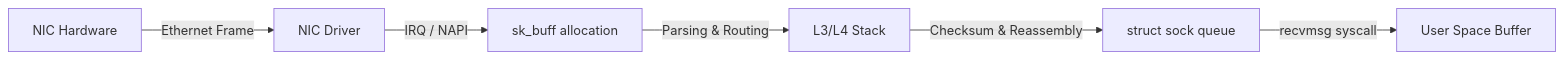
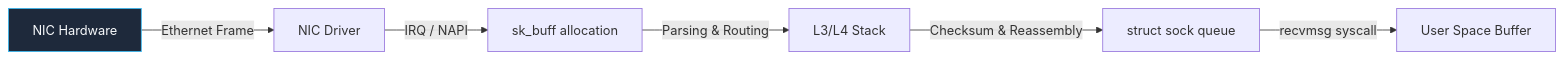
Before and after one commit to UnrealTemplier/go-textbook: the third of 5 diagrams in sources/2. Устройство и работа ОС/47. Сетевая подсистема ОС.md, drawn with Mermaid. The commit also changed other lines of this file and 1666 other files, not shown here.

First line of the commit message:
feat(mermaid): add semantic color classDef to 1369 colorless flowchart/graph diagrams

````diff
--- a/sources/2. Устройство и работа ОС/47. Сетевая подсистема ОС.md
+++ b/sources/2. Устройство и работа ОС/47. Сетевая подсистема ОС.md
@@ -76,8 +96,18 @@
 ```mermaid
 flowchart LR
-    A["NIC Hardware"] -->|"Ethernet Frame"| B["NIC Driver"]
+    classDef process  fill:#1e293b,stroke:#38bdf8,stroke-width:1px,color:#f8fafc
+    classDef success  fill:#064e3b,stroke:#34d399,stroke-width:1px,color:#f8fafc
+    classDef error    fill:#7f1d1d,stroke:#f87171,stroke-width:1px,color:#f8fafc
+    classDef warning  fill:#78350f,stroke:#fbbf24,stroke-width:1px,color:#f8fafc
+    classDef entry    fill:#1e3a5f,stroke:#38bdf8,stroke-width:2px,color:#f8fafc
+    classDef aux      fill:#334155,stroke:#64748b,stroke-width:1px,color:#f8fafc
+    classDef system   fill:#312e81,stroke:#a78bfa,stroke-width:1px,color:#f8fafc
+    classDef data     fill:#132d29,stroke:#2dd4bf,stroke-width:1px,color:#f8fafc
+    classDef network  fill:#881337,stroke:#fb7185,stroke-width:1px,color:#f8fafc
+    classDef accent   fill:#1e1b4b,stroke:#818cf8,stroke-width:1px,color:#f8fafc
+    A["NIC Hardware"]:::process -->|"Ethernet Frame"| B["NIC Driver"]
     B -->|"IRQ / NAPI"| C["sk_buff allocation"]
     C -->|"Parsing & Routing"| D["L3/L4 Stack"]
     D -->|"Checksum & Reassembly"| E["struct sock queue"]
     E -->|"recvmsg syscall"| F["User Space Buffer"]
 ```
````
